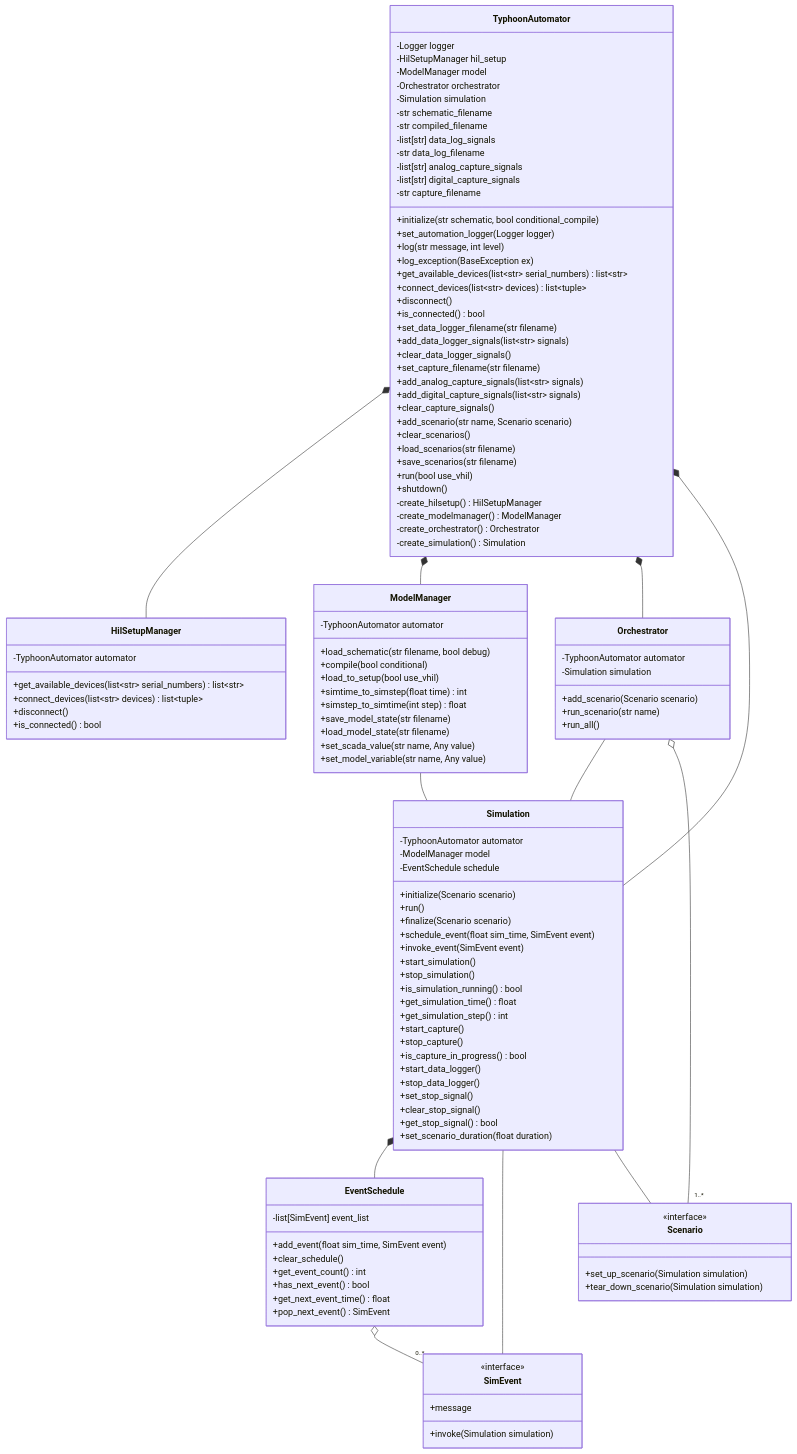
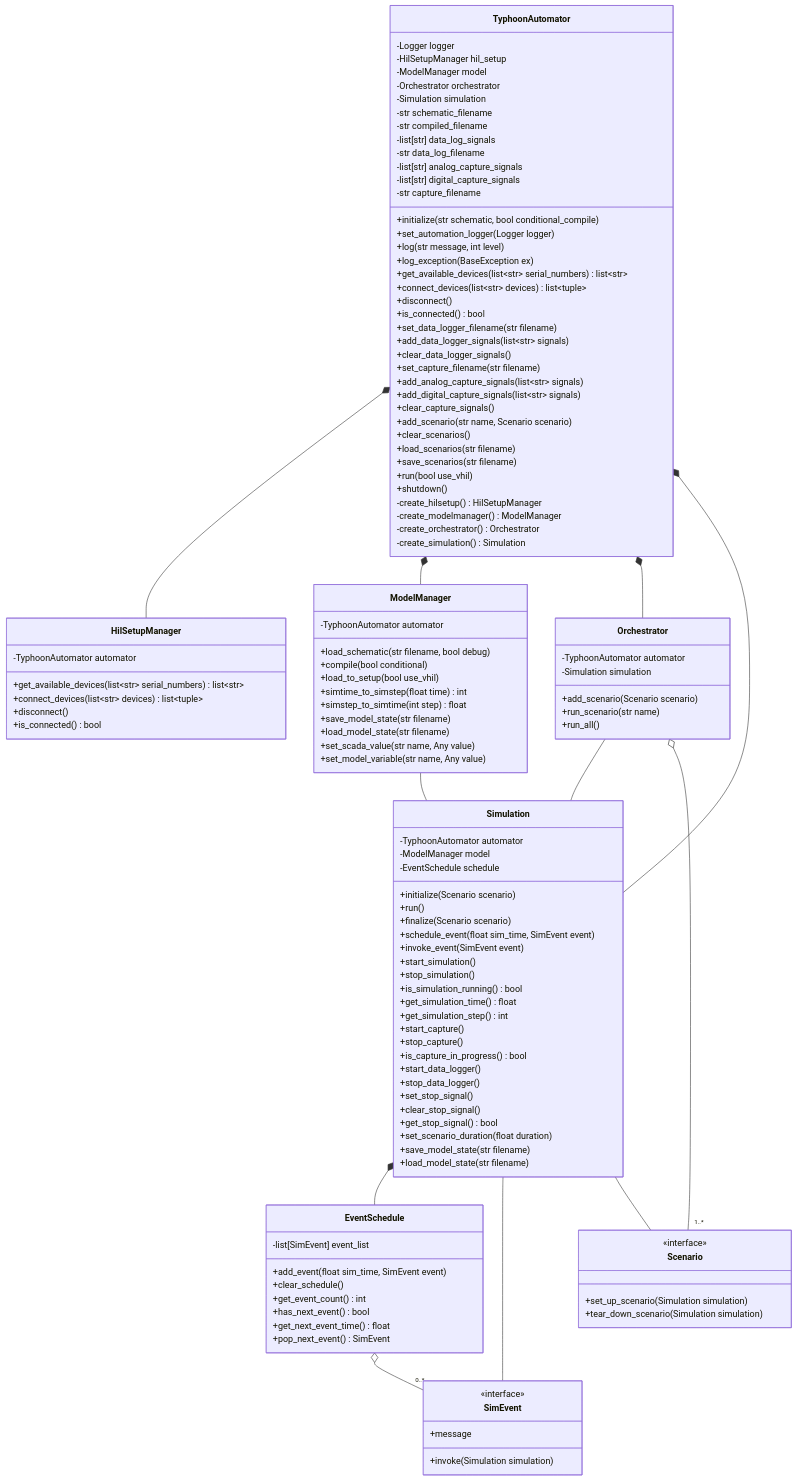
One commit to UWM-SEES/TyphoonAutomation changed the diagram in docs/code/classes.md. Above: the diagram before and after it, drawn with Mermaid. The commit also changed 1 other file, not shown here.

Commit message:
Implement model state load and save

```diff
--- a/docs/code/classes.md
+++ b/docs/code/classes.md
@@ -128,6 +128,9 @@
     +get_stop_signal() bool
 
     +set_scenario_duration(float duration)
+
+    +save_model_state(str filename)
+    +load_model_state(str filename)
   }
 
   Simulation *-- EventSchedule
```
